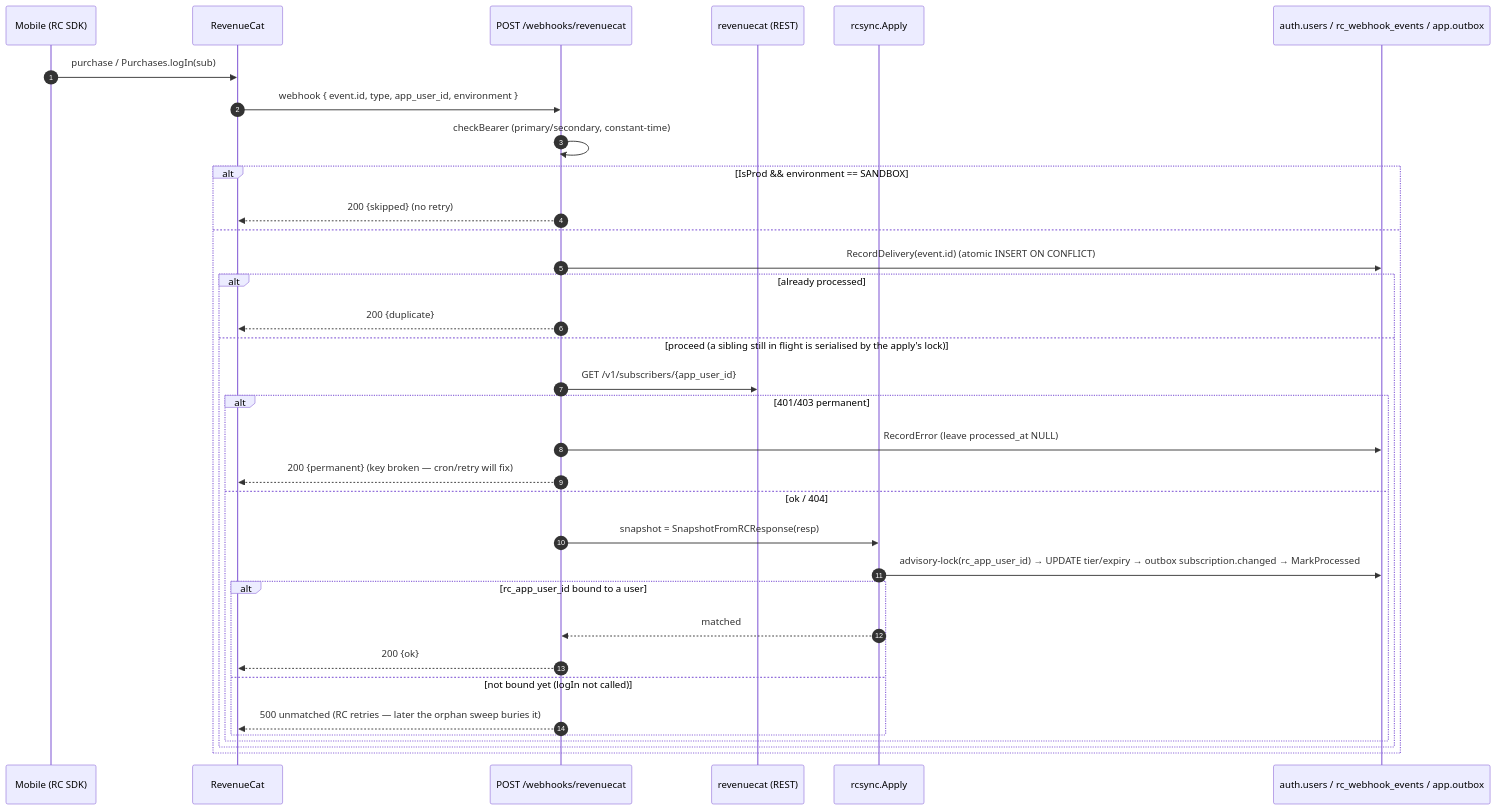
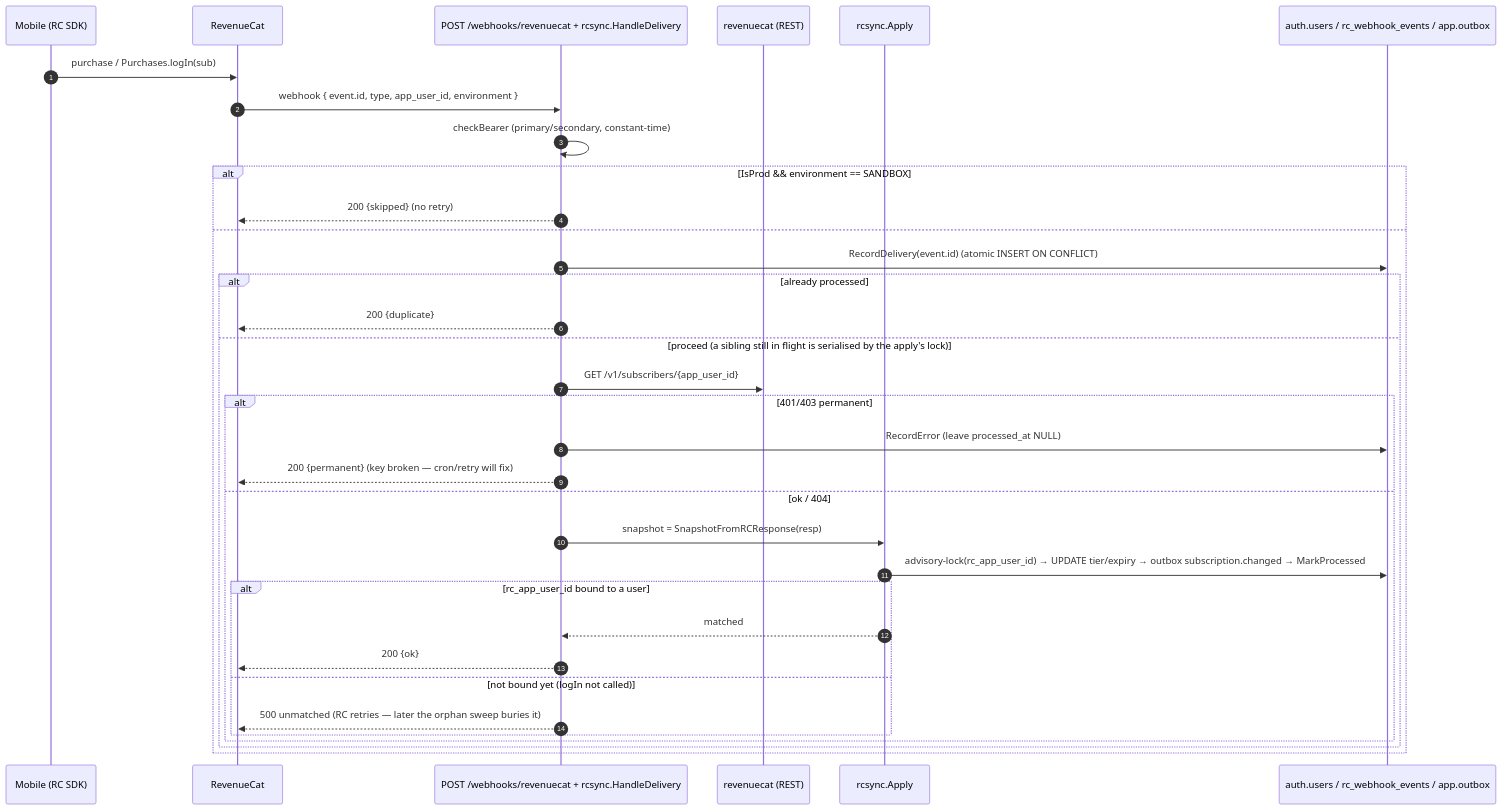
Before and after one commit to jiva-studio/shruti: the third of 3 diagrams in docs/repos/shruti/architecture/auth.md, drawn with Mermaid. The commit also changed other lines of this file and 11 other files, not shown here.

First line of the commit message:
feat(auth): export revenuecat counters and move webhook decisions into rcsync

````diff
--- a/docs/repos/shruti/architecture/auth.md
+++ b/docs/repos/shruti/architecture/auth.md
@@ -147,37 +147,37 @@
 ```mermaid
 sequenceDiagram
   autonumber
   participant App as Mobile (RC SDK)
   participant RC as RevenueCat
-  participant WH as POST /webhooks/revenuecat
+  participant WH as POST /webhooks/revenuecat + rcsync.HandleDelivery
   participant API as revenuecat (REST)
   participant S as rcsync.Apply
   participant DB as auth.users / rc_webhook_events / app.outbox
 
   App->>RC: purchase / Purchases.logIn(sub)
   RC->>WH: webhook { event.id, type, app_user_id, environment }
   WH->>WH: checkBearer (primary/secondary, constant-time)
   alt IsProd && environment == SANDBOX
     WH-->>RC: 200 {skipped} (no retry)
   else
     WH->>DB: RecordDelivery(event.id) (atomic INSERT ON CONFLICT)
     alt already processed
       WH-->>RC: 200 {duplicate}
     else proceed (a sibling still in flight is serialised by the apply's lock)
       WH->>API: GET /v1/subscribers/{app_user_id}
       alt 401/403 permanent
         WH->>DB: RecordError (leave processed_at NULL)
         WH-->>RC: 200 {permanent} (key broken — cron/retry will fix)
       else ok / 404
         WH->>S: snapshot = SnapshotFromRCResponse(resp)
         S->>DB: advisory-lock(rc_app_user_id) → UPDATE tier/expiry → outbox subscription.changed → MarkProcessed
         alt rc_app_user_id bound to a user
           S-->>WH: matched
           WH-->>RC: 200 {ok}
         else not bound yet (logIn not called)
           WH-->>RC: 500 unmatched (RC retries — later the orphan sweep buries it)
         end
       end
     end
   end
 ```
````
